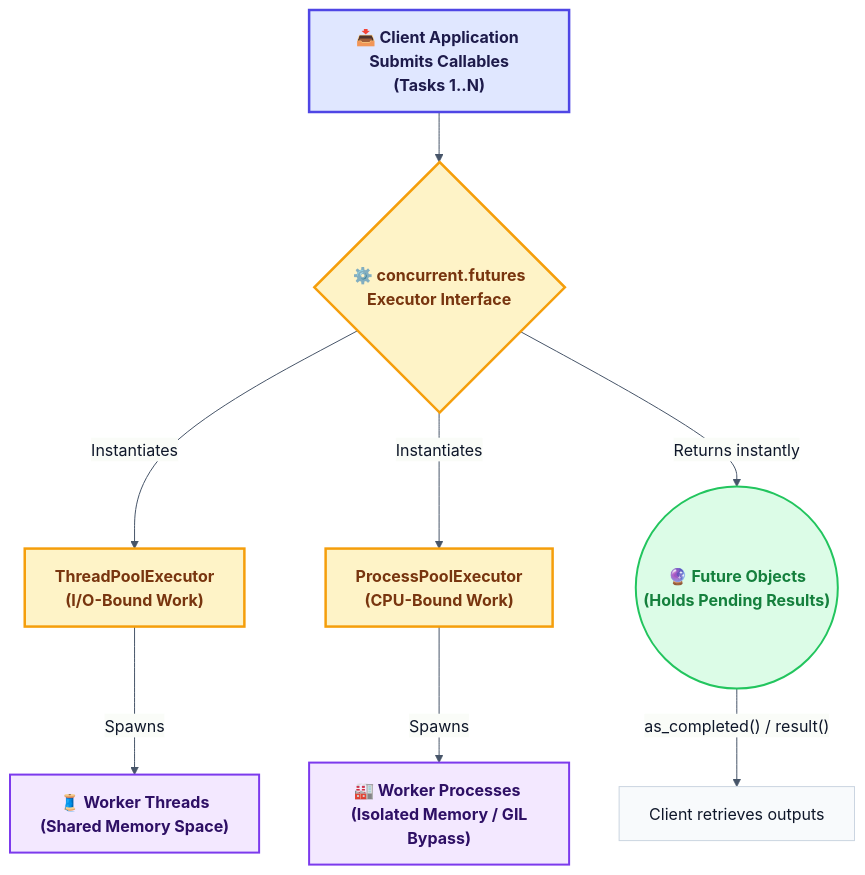
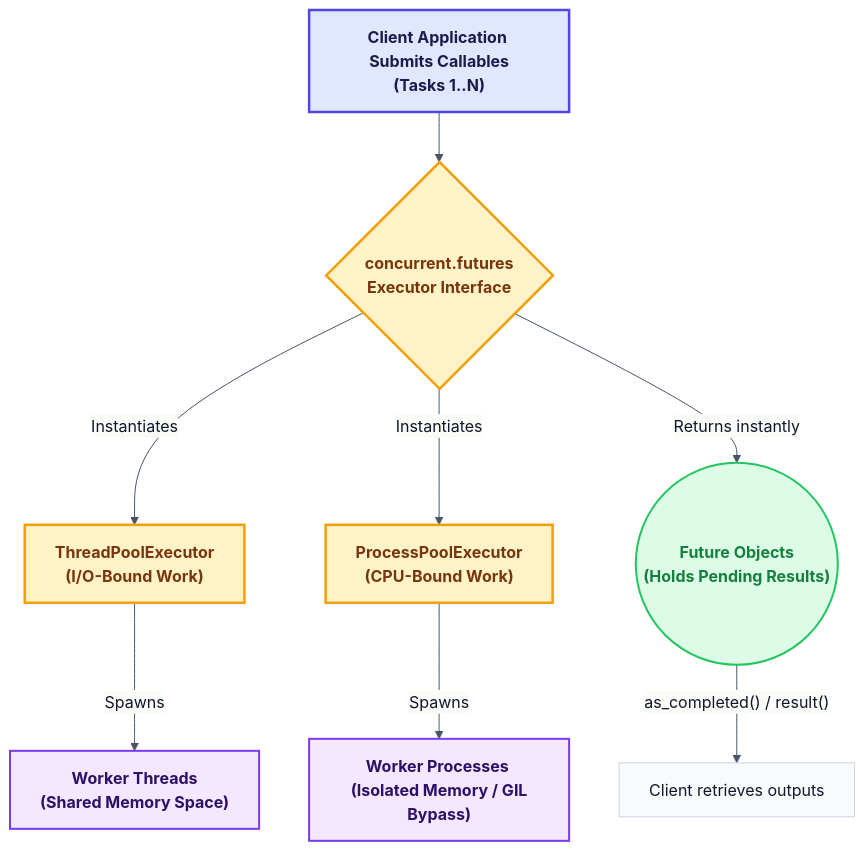
Before and after one commit to RameenAnwar/PDC-SP26-SE: the first of 5 diagrams in SyedMuhammadHuzaifaAshrafi-(23FA-035-SE)/Chapter05/README.md, drawn with Mermaid. The commit also changed other lines of this file and 5 other files, not shown here.

````diff
--- a/SyedMuhammadHuzaifaAshrafi-(23FA-035-SE)/Chapter05/README.md
+++ b/SyedMuhammadHuzaifaAshrafi-(23FA-035-SE)/Chapter05/README.md
@@ -24,26 +24,26 @@
 ```mermaid
 %%{init: {'theme': 'base', 'themeVariables': { 'lineColor': '#475569', 'primaryColor': '#f8fafc', 'primaryTextColor': '#0f172a', 'primaryBorderColor': '#cbd5e1' }}}%%
 flowchart TD
     %% Premium concurrent.futures Architecture
     classDef client fill:#e0e7ff,stroke:#4f46e5,stroke-width:2.5px,color:#1e1b4b,font-weight:bold
     classDef executor fill:#fef3c7,stroke:#f59e0b,stroke-width:2.5px,color:#78350f,font-weight:bold
     classDef pool fill:#f3e8ff,stroke:#7c3aed,stroke-width:2px,color:#2e1065,font-weight:bold
     classDef future fill:#dcfce7,stroke:#22c55e,stroke-width:2px,color:#15803d,font-weight:bold
 
-    A["📥 Client Application <br> Submits Callables (Tasks 1..N)"] --> B{"⚙️ concurrent.futures <br> Executor Interface"}
+    A["Client Application <br> Submits Callables (Tasks 1..N)"] --> B{"concurrent.futures <br> Executor Interface"}
     
     B -->|Instantiates| C["ThreadPoolExecutor <br> (I/O-Bound Work)"]
     B -->|Instantiates| D["ProcessPoolExecutor <br> (CPU-Bound Work)"]
     
-    C -->|Spawns| E["🧵 Worker Threads <br> (Shared Memory Space)"]
-    D -->|Spawns| F["🏭 Worker Processes <br> (Isolated Memory / GIL Bypass)"]
+    C -->|Spawns| E["Worker Threads <br> (Shared Memory Space)"]
+    D -->|Spawns| F["Worker Processes <br> (Isolated Memory / GIL Bypass)"]
     
-    B -->|Returns instantly| G(("🔮 Future Objects <br> (Holds Pending Results)"))
+    B -->|Returns instantly| G(("Future Objects <br> (Holds Pending Results)"))
     
     G -->|"as_completed() / result()"| H["Client retrieves outputs"]
 
     class A client
     class B,C,D executor
     class E,F pool
     class G future
 ```
````
